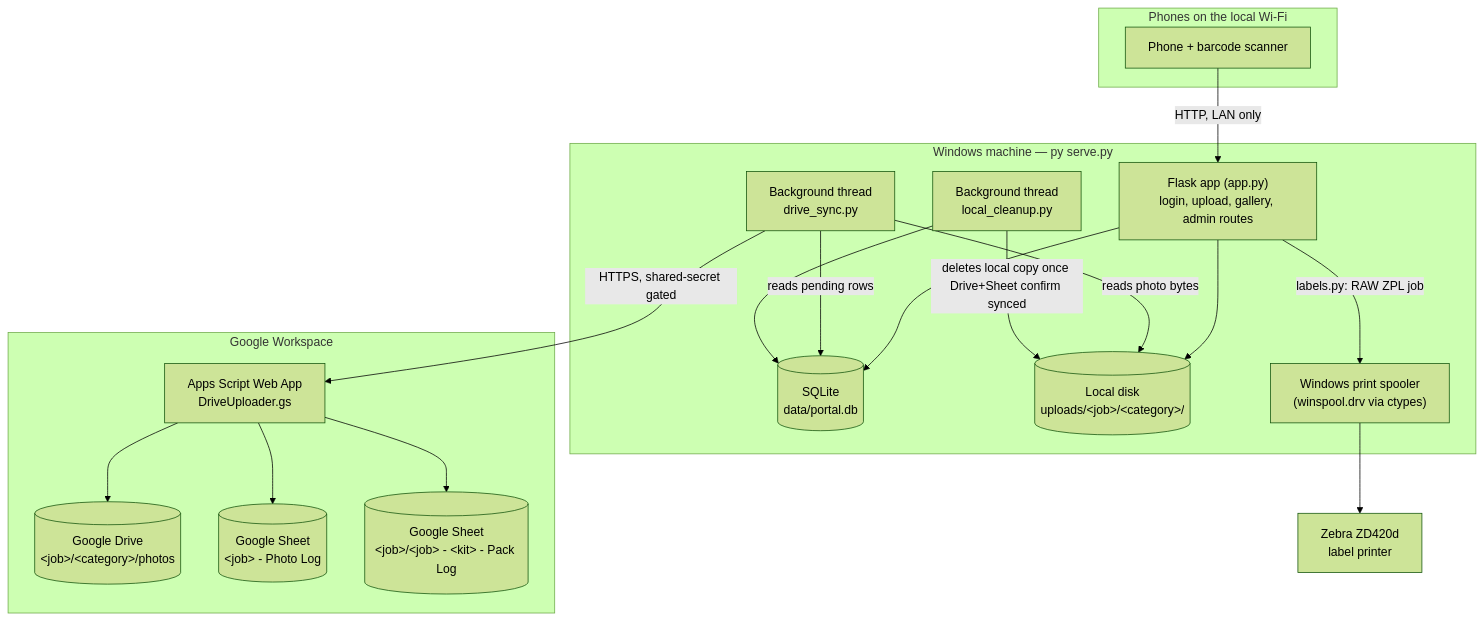
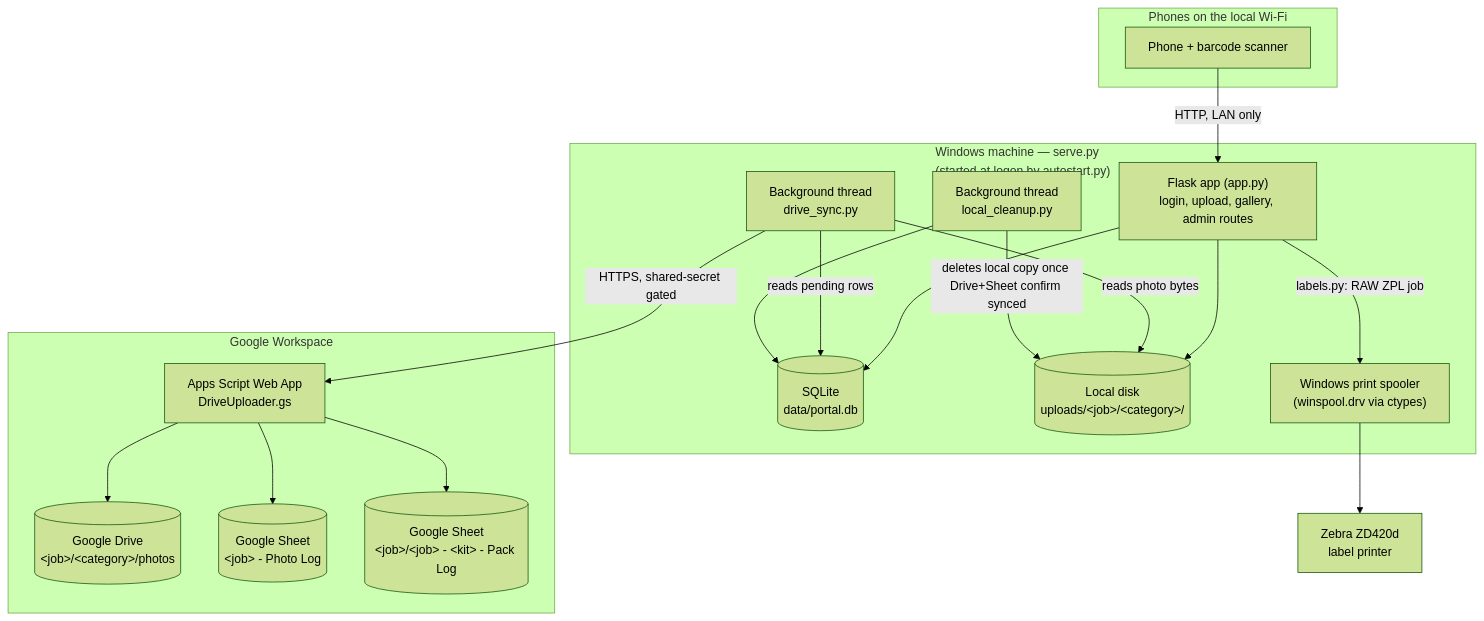
One commit to nesubat/Campaign-Photo-Portal changed the first of 7 diagrams in CODE_GUIDE.md. Above: the diagram before and after it, drawn with Mermaid (forest theme). The commit also changed other lines of this file and 2 other files, not shown here.

Commit message:
updated code guide.md with details about autostart.py and updated autostart.py to keep logs

````diff
--- a/CODE_GUIDE.md
+++ b/CODE_GUIDE.md
@@ -28,38 +29,38 @@
 ```mermaid
 flowchart TB
     subgraph Phones["Phones on the local Wi-Fi"]
         P1["Phone + barcode scanner"]
     end
 
-    subgraph Server["Windows machine — py serve.py"]
+    subgraph Server["Windows machine — serve.py\n(started at logon by autostart.py)"]
         Flask["Flask app (app.py)\nlogin, upload, gallery, admin routes"]
         SQLite[("SQLite\ndata/portal.db")]
         Disk[("Local disk\nuploads/&lt;job&gt;/&lt;category&gt;/")]
         DriveSyncThread["Background thread\ndrive_sync.py"]
         CleanupThread["Background thread\nlocal_cleanup.py"]
         Spooler["Windows print spooler\n(winspool.drv via ctypes)"]
     end
 
     Zebra["Zebra ZD420d\nlabel printer"]
 
     subgraph Google["Google Workspace"]
         AppsScript["Apps Script Web App\nDriveUploader.gs"]
         Drive[("Google Drive\n&lt;job&gt;/&lt;category&gt;/photos")]
         Sheet[("Google Sheet\n&lt;job&gt; - Photo Log")]
         KitSheet[("Google Sheet\n&lt;job&gt;/&lt;job&gt; - &lt;kit&gt; - Pack Log")]
     end
 
     P1 -- "HTTP, LAN only" --> Flask
     Flask --> SQLite
     Flask --> Disk
     Flask -- "labels.py: RAW ZPL job" --> Spooler
     Spooler --> Zebra
     AppsScript --> KitSheet
     DriveSyncThread -- "reads pending rows" --> SQLite
     DriveSyncThread -- "reads photo bytes" --> Disk
     DriveSyncThread -- "HTTPS, shared-secret gated" --> AppsScript
     AppsScript --> Drive
     AppsScript --> Sheet
     CleanupThread -- "deletes local copy once Drive+Sheet confirm synced" --> Disk
     CleanupThread --> SQLite
 ```
````
